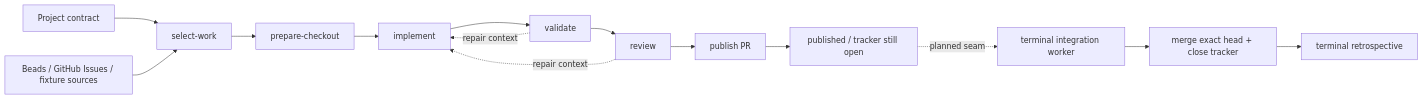
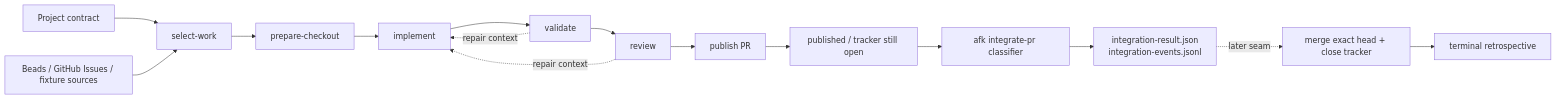
The first of 5 diagrams in docs/pipeline-overview.md (thunderbump/afk-composable-pipeline), drawn with Mermaid before and after one commit. The commit also changed other lines of this file, not shown here.

Commit message:
Update pipeline overview for integrate-pr classifier

````diff
--- a/docs/pipeline-overview.md
+++ b/docs/pipeline-overview.md
@@ -45,20 +50,21 @@
 ```mermaid
 flowchart LR
   Contract[Project contract] --> Select
   Tracker[Beads / GitHub Issues / fixture sources] --> Select
 
   Select[select-work]
   Select --> Checkout[prepare-checkout]
   Checkout --> Implement[implement]
   Implement --> Validate[validate]
   Validate --> Review[review]
   Review --> Publish[publish PR]
 
   Validate -. repair context .-> Implement
   Review -. repair context .-> Implement
 
-  Publish --> Stop[published / tracker still open]
-  Stop -. planned seam .-> Integrate[terminal integration worker]
-  Integrate --> Close[merge exact head + close tracker]
+  Publish --> Published[published / tracker still open]
+  Published --> Integrate[afk integrate-pr classifier]
+  Integrate --> Artifacts[integration-result.json<br/>integration-events.jsonl]
+  Artifacts -. later seam .-> Close[merge exact head + close tracker]
   Close --> Retro[terminal retrospective]
 ```
````
